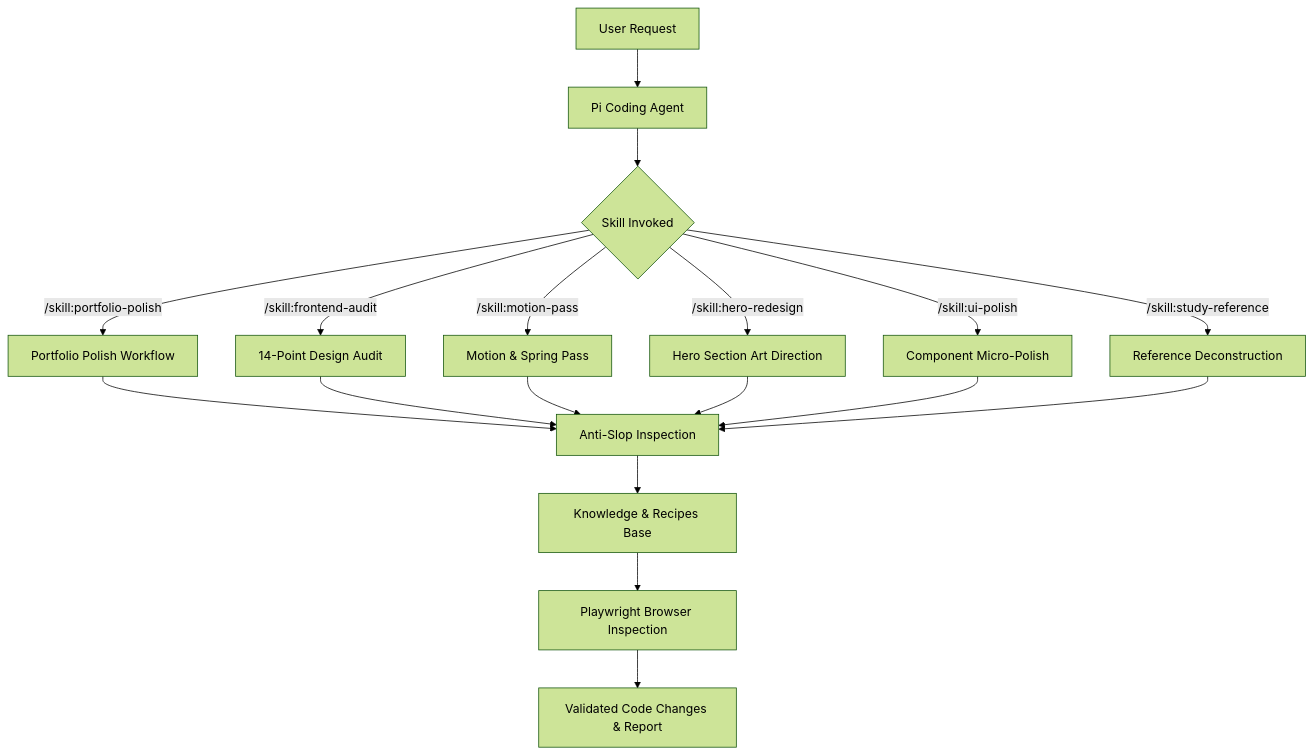
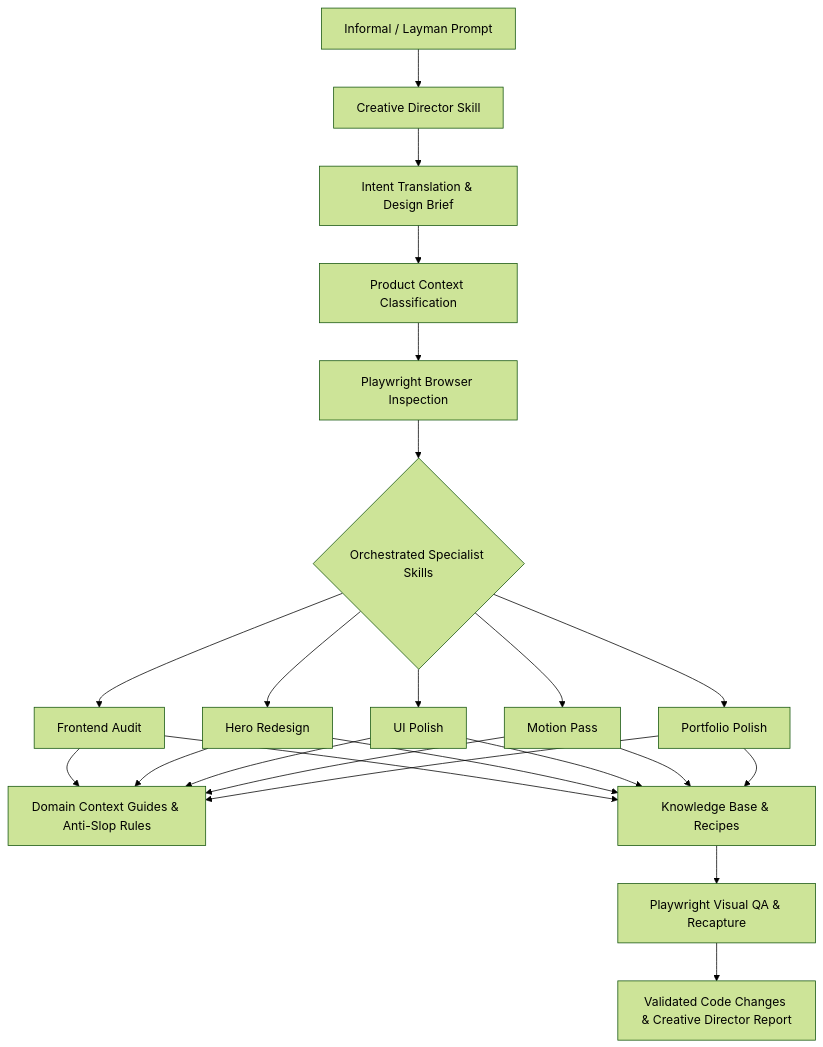
The diagram in README.md (kerwinarlan/frontend-design-intelligence), drawn with Mermaid (forest theme) before and after one commit. The commit also changed other lines of this file and 26 other files, not shown here.

Commit message:
feat: add creative director orchestration skill

````diff
--- a/README.md
+++ b/README.md
@@ -33,17 +33,21 @@
 ```mermaid
 graph TD
-    A[User Request] --> B[Pi Coding Agent]
-    B --> C{Skill Invoked}
+    A[Informal / Layman Prompt] --> B[Creative Director Skill]
+    
+    B --> C[Intent Translation & Design Brief]
+    C --> D[Product Context Classification]
+    D --> E[Playwright Browser Inspection]
+    
+    E --> F{Orchestrated Specialist Skills}
+    F --> G[Frontend Audit]
+    F --> H[Hero Redesign]
+    F --> I[UI Polish]
+    F --> J[Motion Pass]
+    F --> K[Portfolio Polish]
 
-    C -->|/skill:portfolio-polish| D[Portfolio Polish Workflow]
-    C -->|/skill:frontend-audit| E[14-Point Design Audit]
-    C -->|/skill:motion-pass| F[Motion & Spring Pass]
-    C -->|/skill:hero-redesign| G[Hero Section Art Direction]
-    C -->|/skill:ui-polish| H[Component Micro-Polish]
-    C -->|/skill:study-reference| I[Reference Deconstruction]
+    G & H & I & J & K --> L[Domain Context Guides & Anti-Slop Rules]
+    G & H & I & J & K --> M[Knowledge Base & Recipes]
 
-    D & E & F & G & H & I --> J[Anti-Slop Inspection]
-    J --> K[Knowledge & Recipes Base]
-    K --> L[Playwright Browser Inspection]
-    L --> M[Validated Code Changes & Report]
+    M --> N[Playwright Visual QA & Recapture]
+    N --> O[Validated Code Changes & Creative Director Report]
 ```
````
